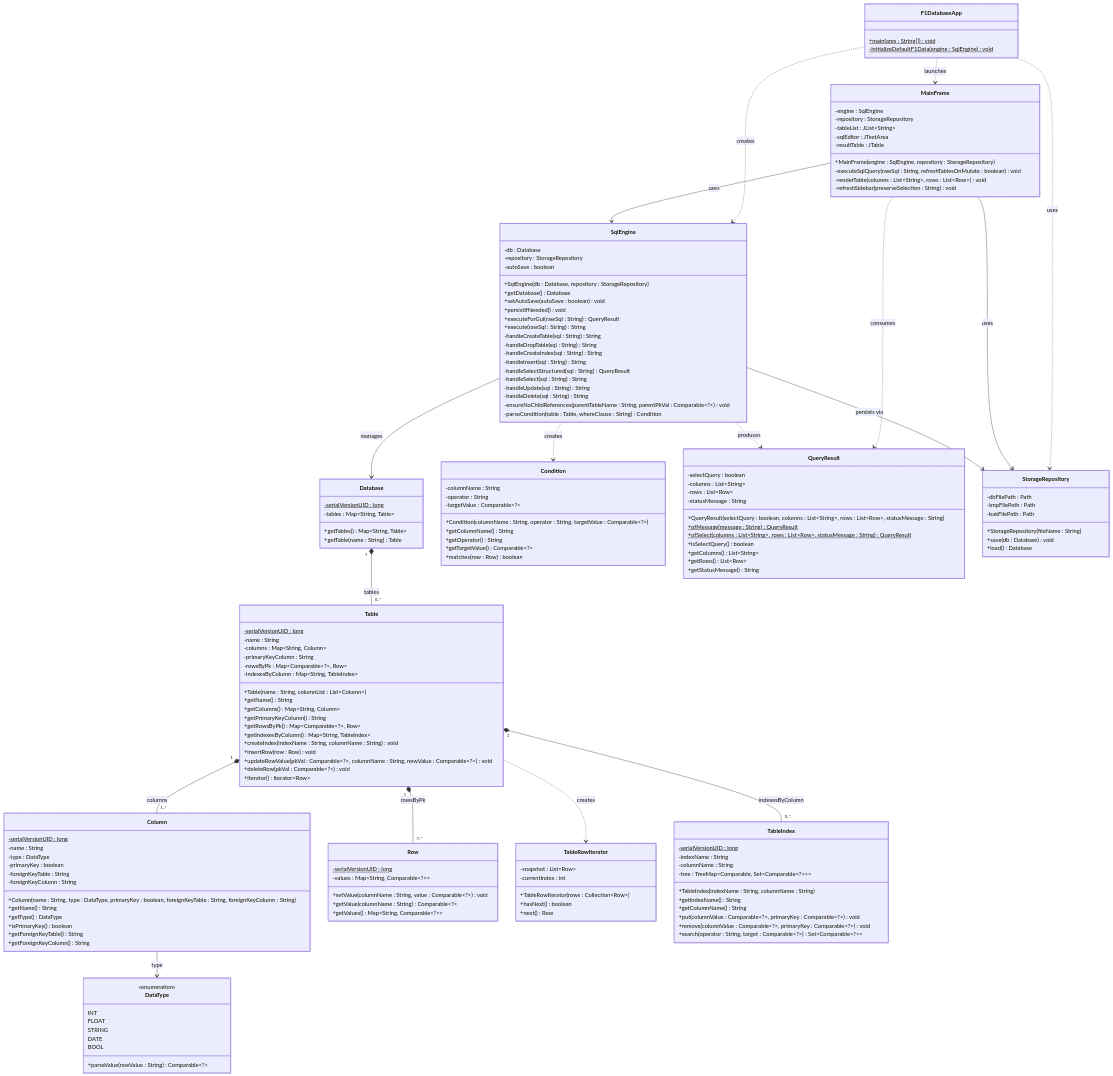
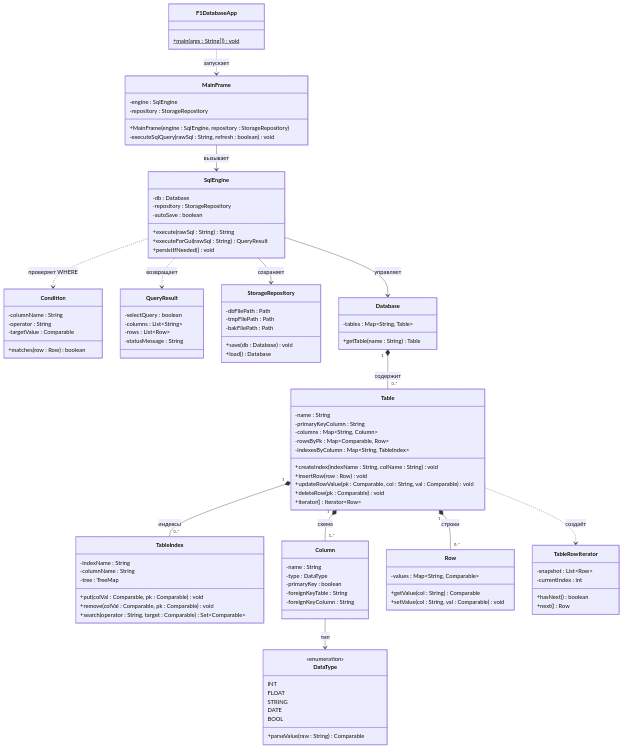
One commit to nezert7/Laba_java_2 changed the first of 2 diagrams in README.md. Above: the diagram before and after it, drawn with Mermaid. The commit also changed other lines of this file, not shown here.

Commit message:
README по красоте и без моментов для нас

````diff
--- a/README.md
+++ b/README.md
@@ -21,49 +21,79 @@
 
     class F1DatabaseApp {
         +main(args : String[]) void$
-        -initializeDefaultF1Data(engine : SqlEngine) void$
+    }
+
+    class MainFrame {
+        -engine : SqlEngine
+        -repository : StorageRepository
+        +MainFrame(engine : SqlEngine, repository : StorageRepository)
+        -executeSqlQuery(rawSql : String, refresh : boolean) void
+    }
+
+    class SqlEngine {
+        -db : Database
+        -repository : StorageRepository
+        -autoSave : boolean
+        +execute(rawSql : String) String
+        +executeForGui(rawSql : String) QueryResult
+        +persistIfNeeded() void
+    }
+
+    class Condition {
+        -columnName : String
+        -operator : String
+        -targetValue : Comparable
+        +matches(row : Row) boolean
+    }
+
+    class QueryResult {
+        -selectQuery : boolean
+        -columns : List~String~
+        -rows : List~Row~
+        -statusMessage : String
+    }
+
+    class StorageRepository {
+        -dbFilePath : Path
+        -tmpFilePath : Path
+        -bakFilePath : Path
+        +save(db : Database) void
+        +load() Database
     }
 
     class Database {
-        -serialVersionUID : long$
-        -tables : Map&lt;String, Table&gt;
-        +getTables() Map&lt;String, Table&gt;
+        -tables : Map~String, Table~
         +getTable(name : String) Table
     }
 
     class Table {
-        -serialVersionUID : long$
         -name : String
-        -columns : Map&lt;String, Column&gt;
         -primaryKeyColumn : String
-        -rowsByPk : Map&lt;Comparable&lt;?&gt;, Row&gt;
-        -indexesByColumn : Map&lt;String, TableIndex&gt;
-        +Table(name : String, columnList : List&lt;Column&gt;)
-        +getName() String
-        +getColumns() Map&lt;String, Column&gt;
-        +getPrimaryKeyColumn() String
-        +getRowsByPk() Map&lt;Comparable&lt;?&gt;, Row&gt;
-        +getIndexesByColumn() Map&lt;String, TableIndex&gt;
-        +createIndex(indexName : String, columnName : String) void
+        -columns : Map~String, Column~
+        -rowsByPk : Map~Comparable, Row~
+        -indexesByColumn : Map~String, TableIndex~
+        +createIndex(indexName : String, colName : String) void
         +insertRow(row : Row) void
-        +updateRowValue(pkVal : Comparable&lt;?&gt;, columnName : String, newValue : Comparable&lt;?&gt;) void
-        +deleteRow(pkVal : Comparable&lt;?&gt;) void
-        +iterator() Iterator&lt;Row&gt;
+        +updateRowValue(pk : Comparable, col : String, val : Comparable) void
+        +deleteRow(pk : Comparable) void
+        +iterator() Iterator~Row~
+    }
+
+    class TableIndex {
+        -indexName : String
+        -columnName : String
+        -tree : TreeMap
+        +put(colVal : Comparable, pk : Comparable) void
+        +remove(colVal : Comparable, pk : Comparable) void
+        +search(operator : String, target : Comparable) Set~Comparable~
     }
 
     class Column {
-        -serialVersionUID : long$
         -name : String
         -type : DataType
         -primaryKey : boolean
         -foreignKeyTable : String
         -foreignKeyColumn : String
-        +Column(name : String, type : DataType, primaryKey : boolean, foreignKeyTable : String, foreignKeyColumn : String)
-        +getName() String
-        +getType() DataType
-        +isPrimaryKey() boolean
-        +getForeignKeyTable() String
-        +getForeignKeyColumn() String
     }
 
     class DataType {
@@ -73,120 +103,32 @@
         STRING
         DATE
         BOOL
-        +parseValue(rawValue : String) Comparable&lt;?&gt;
+        +parseValue(raw : String) Comparable
     }
 
     class Row {
-        -serialVersionUID : long$
-        -values : Map&lt;String, Comparable&lt;?&gt;&gt;
-        +setValue(columnName : String, value : Comparable&lt;?&gt;) void
-        +getValue(columnName : String) Comparable&lt;?&gt;
-        +getValues() Map&lt;String, Comparable&lt;?&gt;&gt;
+        -values : Map~String, Comparable~
+        +getValue(col : String) Comparable
+        +setValue(col : String, val : Comparable) void
     }
 
     class TableRowIterator {
-        -snapshot : List&lt;Row&gt;
+        -snapshot : List~Row~
         -currentIndex : int
-        +TableRowIterator(rows : Collection&lt;Row&gt;)
         +hasNext() boolean
         +next() Row
     }
 
-    class TableIndex {
-        -serialVersionUID : long$
-        -indexName : String
-        -columnName : String
-        -tree : TreeMap&lt;Comparable, Set&lt;Comparable&lt;?&gt;&gt;&gt;
-        +TableIndex(indexName : String, columnName : String)
-        +getIndexName() String
-        +getColumnName() String
-        +put(columnValue : Comparable&lt;?&gt;, primaryKey : Comparable&lt;?&gt;) void
-        +remove(columnValue : Comparable&lt;?&gt;, primaryKey : Comparable&lt;?&gt;) void
-        +search(operator : String, target : Comparable&lt;?&gt;) Set&lt;Comparable&lt;?&gt;&gt;
-    }
-
-    class SqlEngine {
-        -db : Database
-        -repository : StorageRepository
-        -autoSave : boolean
-        +SqlEngine(db : Database, repository : StorageRepository)
-        +getDatabase() Database
-        +setAutoSave(autoSave : boolean) void
-        +persistIfNeeded() void
-        +executeForGui(rawSql : String) QueryResult
-        +execute(rawSql : String) String
-        -handleCreateTable(sql : String) String
-        -handleDropTable(sql : String) String
-        -handleCreateIndex(sql : String) String
-        -handleInsert(sql : String) String
-        -handleSelectStructured(sql : String) QueryResult
-        -handleSelect(sql : String) String
-        -handleUpdate(sql : String) String
-        -handleDelete(sql : String) String
-        -ensureNoChildReferences(parentTableName : String, parentPkVal : Comparable&lt;?&gt;) void
-        -parseCondition(table : Table, whereClause : String) Condition
-    }
-
-    class Condition {
-        -columnName : String
-        -operator : String
-        -targetValue : Comparable&lt;?&gt;
-        +Condition(columnName : String, operator : String, targetValue : Comparable&lt;?&gt;)
-        +getColumnName() String
-        +getOperator() String
-        +getTargetValue() Comparable&lt;?&gt;
-        +matches(row : Row) boolean
-    }
-
-    class QueryResult {
-        -selectQuery : boolean
-        -columns : List&lt;String&gt;
-        -rows : List&lt;Row&gt;
-        -statusMessage : String
-        +QueryResult(selectQuery : boolean, columns : List&lt;String&gt;, rows : List&lt;Row&gt;, statusMessage : String)
-        +ofMessage(message : String) QueryResult$
-        +ofSelect(columns : List&lt;String&gt;, rows : List&lt;Row&gt;, statusMessage : String) QueryResult$
-        +isSelectQuery() boolean
-        +getColumns() List&lt;String&gt;
-        +getRows() List&lt;Row&gt;
-        +getStatusMessage() String
-    }
-
-    class StorageRepository {
-        -dbFilePath : Path
-        -tmpFilePath : Path
-        -bakFilePath : Path
-        +StorageRepository(fileName : String)
-        +save(db : Database) void
-        +load() Database
-    }
-
-    class MainFrame {
-        -engine : SqlEngine
-        -repository : StorageRepository
-        -tableList : JList&lt;String&gt;
-        -sqlEditor : JTextArea
-        -resultTable : JTable
-        +MainFrame(engine : SqlEngine, repository : StorageRepository)
-        -executeSqlQuery(rawSql : String, refreshTablesOnMutate : boolean) void
-        -renderTable(columns : List&lt;String&gt;, rows : List&lt;Row&gt;) void
-        -refreshSidebar(preserveSelection : String) void
-    }
-
-    F1DatabaseApp ..> StorageRepository : uses
-    F1DatabaseApp ..> SqlEngine : creates
-    F1DatabaseApp ..> MainFrame : launches
-    MainFrame --> SqlEngine : uses
-    MainFrame --> StorageRepository : uses
-    MainFrame ..> QueryResult : consumes
-    SqlEngine --> Database : manages
-    SqlEngine --> StorageRepository : persists via
-    SqlEngine ..> Condition : creates
-    SqlEngine ..> QueryResult : produces
-    Database "1" *-- "0..*" Table : tables
-    Table "1" *-- "1..*" Column : columns
-    Table "1" *-- "0..*" Row : rowsByPk
-    Table "1" *-- "0..*" TableIndex : indexesByColumn
-    Table ..> TableRowIterator : creates
-    Column --> DataType : type
+    F1DatabaseApp ..> MainFrame : запускает
+    MainFrame --> SqlEngine : вызывает
+    SqlEngine --> Database : управляет
+    SqlEngine --> StorageRepository : сохраняет
+    SqlEngine ..> Condition : проверяет WHERE
+    SqlEngine ..> QueryResult : возвращает
+    Database "1" *-- "0..*" Table : содержит
+    Table "1" *-- "1..*" Column : схема
+    Table "1" *-- "0..*" Row : строки
+    Table "1" *-- "0..*" TableIndex : индексы
+    Table ..> TableRowIterator : создаёт
+    Column --> DataType : тип
 ```
````
